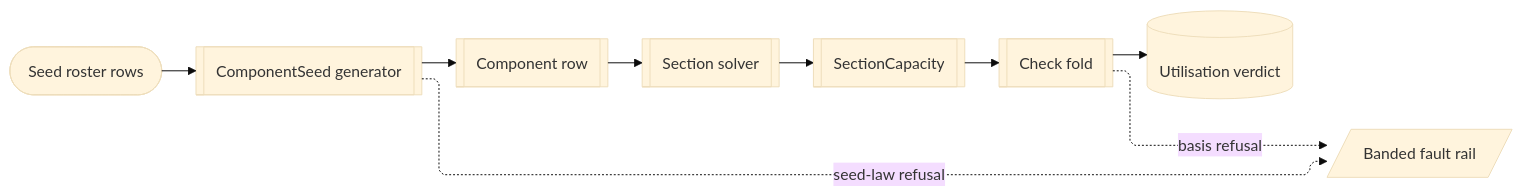
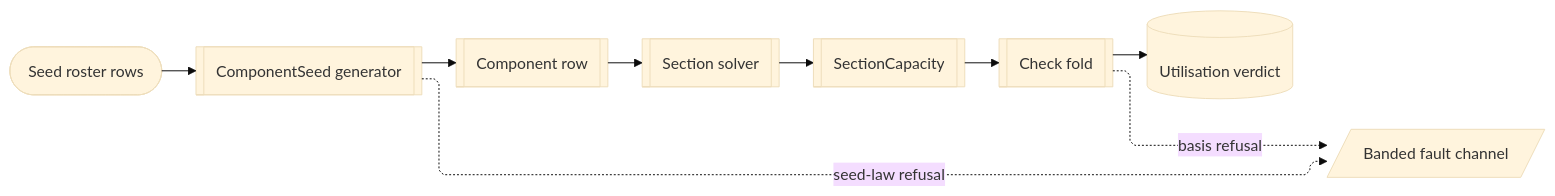
Before and after one commit to bsamiee/Rasm: the fourth of 5 diagrams in libs/dotnet/Rasm.Materials/ARCHITECTURE.md, drawn with Mermaid (base theme). The commit also changed other lines of this file and 1997 other files, not shown here.

````diff
--- a/libs/dotnet/Rasm.Materials/ARCHITECTURE.md
+++ b/libs/dotnet/Rasm.Materials/ARCHITECTURE.md
@@ -212,20 +212,20 @@
 ```mermaid
 ---
 config:
   layout: elk
   flowchart:
     curve: linear
     padding: 25
 ---
 flowchart LR
     accTitle: Rasm.Materials component spine
     accDescr: How a published seed roster becomes a typed component whose capacity verdict a demand check reads.
     Roster(["Seed roster rows"]) e1@--> Mint[[ComponentSeed generator]]
     Mint e2@--> Row[[Component row]]
     Row e3@--> Section[[Section solver]]
     Section e4@--> Capacity[[SectionCapacity]]
     Capacity e5@--> Check[[Check fold]]
     Check e6@--> Verdict[(Utilisation verdict)]
-    Mint f1@-.->|"seed-law refusal"| Fault[/Banded fault rail/]
+    Mint f1@-.->|"seed-law refusal"| Fault[/Banded fault channel/]
     Check f2@-.->|"basis refusal"| Fault
 ```
````
